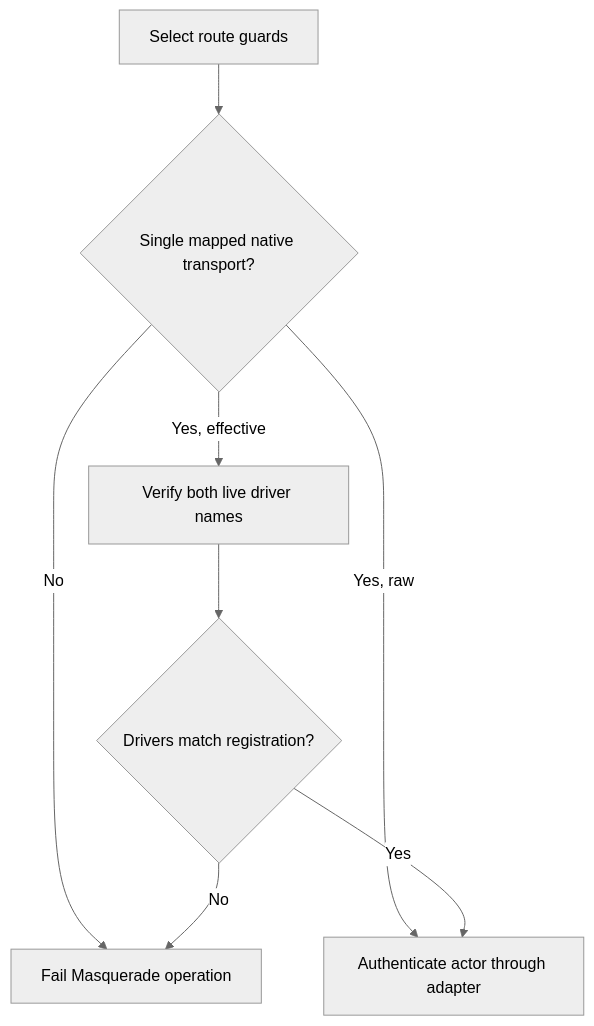
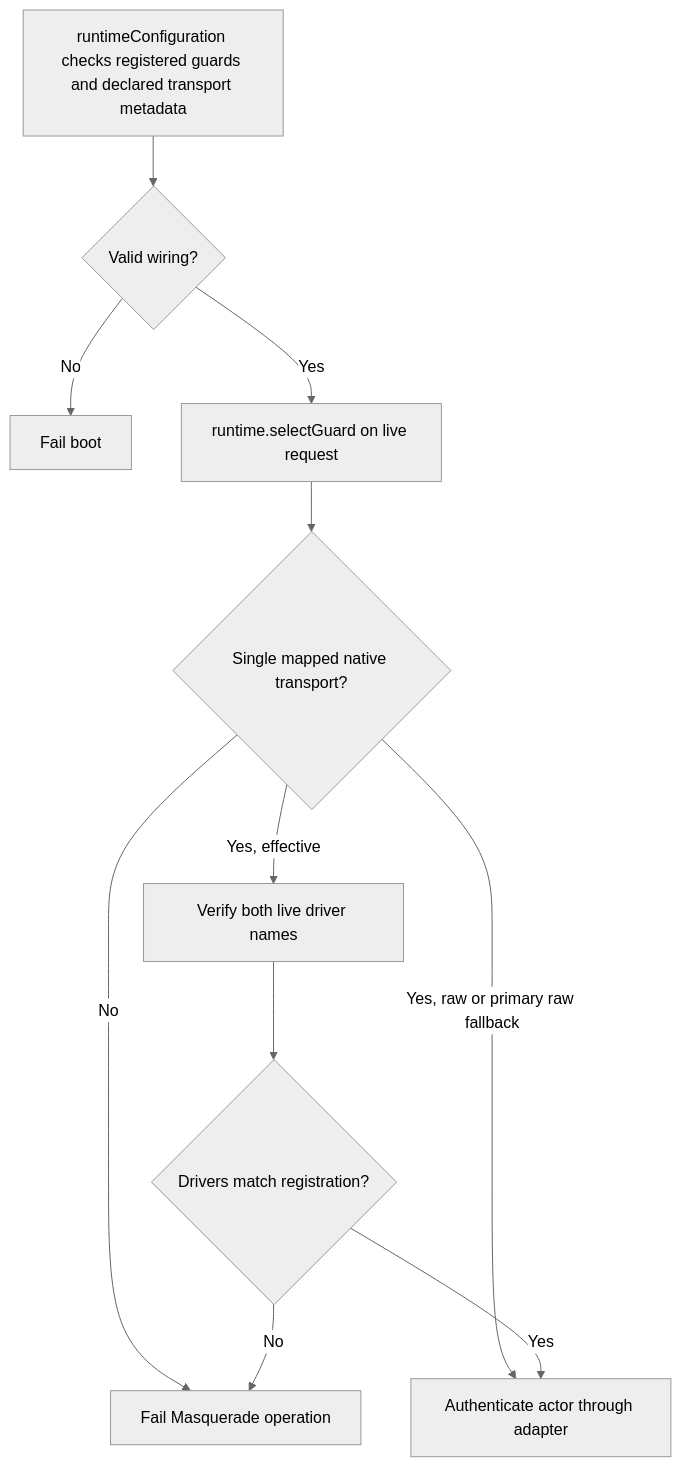
Before and after one commit to Kevinjohn/oss-adonisjs-masquerade: the second of 2 diagrams in user-stories/configure-masquerade/us-setup-02-select-credential-transport.md, drawn with Mermaid (neutral theme). The commit also changed other lines of this file and 20 other files, not shown here.

````diff
--- a/user-stories/configure-masquerade/us-setup-02-select-credential-transport.md
+++ b/user-stories/configure-masquerade/us-setup-02-select-credential-transport.md
@@ -30,10 +31,13 @@
 ```mermaid
 flowchart TD
-    A["Select route guards"] --> Q{"Single mapped native transport?"}
+    P["runtimeConfiguration checks registered guards and declared transport metadata"] --> V{"Valid wiring?"}
+    V -->|No| W["Fail boot"]
+    V -->|Yes| A["runtime.selectGuard on live request"]
+    A --> Q{"Single mapped native transport?"}
     Q -->|No| R["Fail Masquerade operation"]
     Q -->|Yes, effective| B["Verify both live driver names"]
-    Q -->|Yes, raw| C["Authenticate actor through adapter"]
+    Q -->|Yes, raw or primary raw fallback| C["Authenticate actor through adapter"]
     B --> S{"Drivers match registration?"}
     S -->|Yes| C
     S -->|No| R
 ```
````
